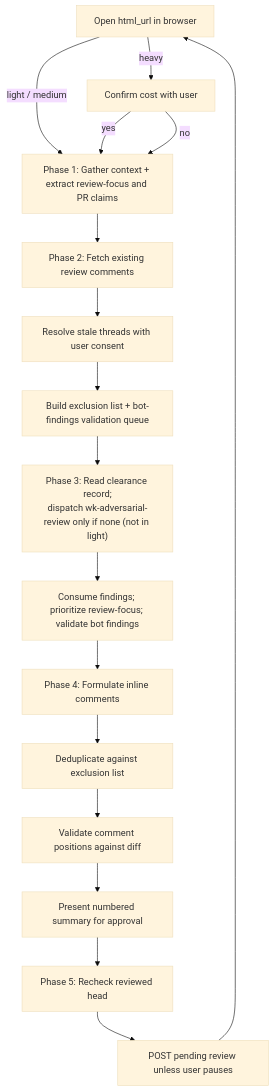
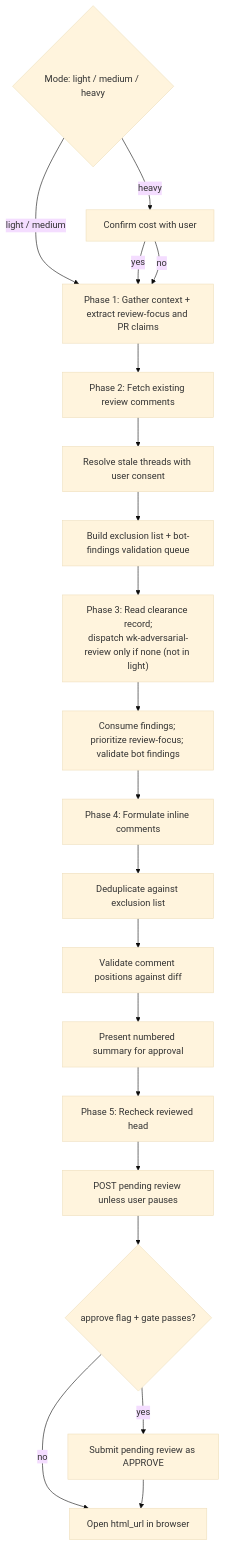
The diagram in skills/pr-review/README.md (whizzzkid/skills), drawn with Mermaid (base theme) before and after one commit. The commit also changed other lines of this file and 3 other files, not shown here.

First line of the commit message:
feat(pr-review): ✨ add opt-in approve flag gated on no concerns

````diff
--- a/skills/pr-review/README.md
+++ b/skills/pr-review/README.md
@@ -28,19 +35,22 @@
 ```mermaid
 flowchart TD
     M{"Mode: light / medium / heavy"} -->|heavy| Q[Confirm cost with user]
     M -->|light / medium| A
     Q -->|yes| A
     Q -->|no| A
     A[Phase 1: Gather context + extract review-focus and PR claims] --> B[Phase 2: Fetch existing review comments]
     B --> C[Resolve stale threads with user consent]
     C --> D[Build exclusion list + bot-findings validation queue]
     D --> E["Phase 3: Read clearance record;<br/>dispatch wk-adversarial-review only if none (not in light)"]
     E --> F[Consume findings; prioritize review-focus; validate bot findings]
     F --> G[Phase 4: Formulate inline comments]
     G --> H[Deduplicate against exclusion list]
     H --> I[Validate comment positions against diff]
     I --> J[Present numbered summary for approval]
     J --> K["Phase 5: Recheck reviewed head"]
     K --> L[POST pending review unless user pauses]
-    L --> M[Open html_url in browser]
+    L --> N{"approve flag + gate passes?"}
+    N -->|yes| P[Submit pending review as APPROVE]
+    N -->|no| O[Open html_url in browser]
+    P --> O
 ```
````
